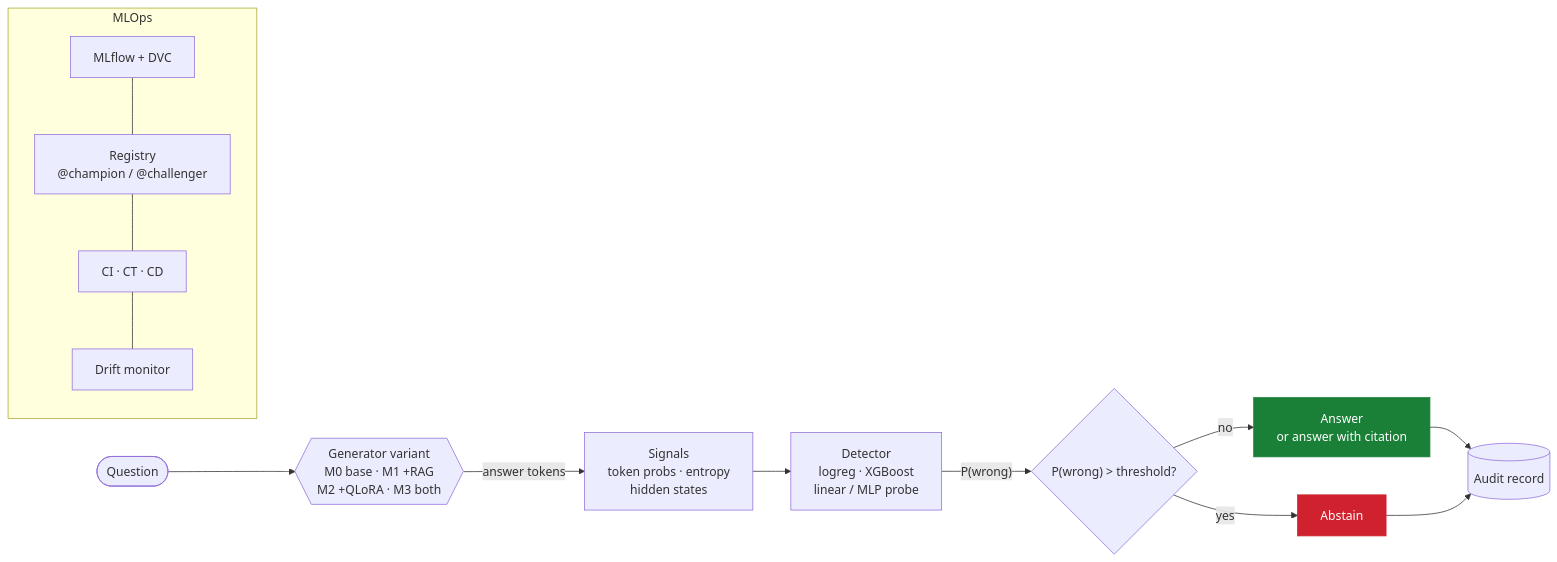
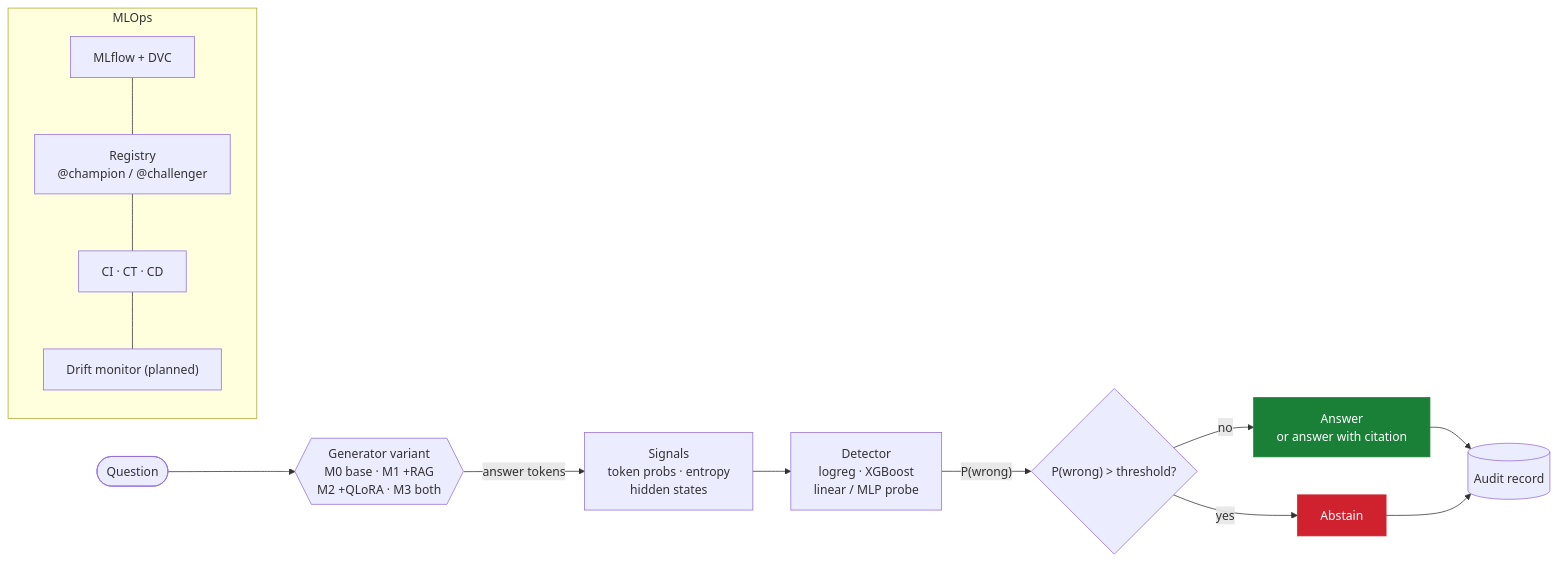
The diagram in README.md (trevorblue/bluff-detector), drawn with Mermaid before and after one commit. The commit also changed other lines of this file and 5 other files, not shown here.

````diff
--- a/README.md
+++ b/README.md
@@ -81,18 +83,18 @@
 ```mermaid
 flowchart LR
     Q([Question]) --> G{{"Generator variant<br/>M0 base · M1 +RAG<br/>M2 +QLoRA · M3 both"}}
     G -->|answer tokens| S["Signals<br/>token probs · entropy<br/>hidden states"]
     S --> D["Detector<br/>logreg · XGBoost<br/>linear / MLP probe"]
     D -->|"P(wrong)"| Gate{"P(wrong) > threshold?"}
     Gate -->|no| A["Answer<br/>or answer with citation"]
     Gate -->|yes| X["Abstain"]
     A --> R[(Audit record)]
     X --> R
     subgraph MLOps
-      T[MLflow + DVC] --- Reg["Registry<br/>@champion / @challenger"] --- CI[CI · CT · CD] --- M[Drift monitor]
+      T[MLflow + DVC] --- Reg["Registry<br/>@champion / @challenger"] --- CI[CI · CT · CD] --- M["Drift monitor (planned)"]
     end
     classDef ok fill:#1a7f37,stroke:#1a7f37,color:#ffffff
     classDef stop fill:#cf222e,stroke:#cf222e,color:#ffffff
     class A ok
     class X stop
 ```
````
